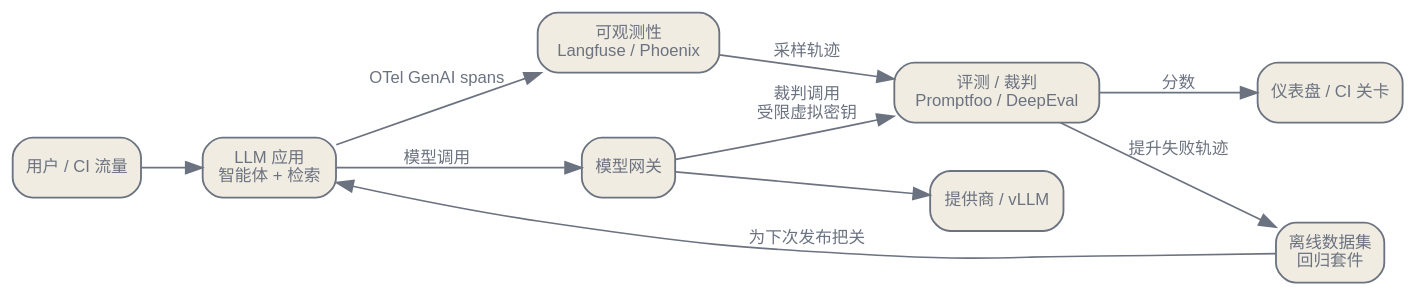
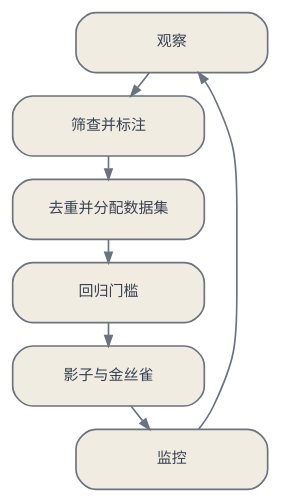
One commit to latere-ai/ai-as-an-infrastructure changed the second of 3 diagrams in zh/practice/07-evaluation-and-observability.qmd. Above: the diagram before and after it, drawn with Graphviz. The commit also changed other lines of this file and 4 other files, not shown here.

````diff
--- a/zh/practice/07-evaluation-and-observability.qmd
+++ b/zh/practice/07-evaluation-and-observability.qmd
@@ -26,28 +162,22 @@
 ```{dot}
 //| label: fig-eval-loop
-//| fig-cap: "持续评测循环。观测生产轨迹，由裁判与断言为采样的 span 打分，将故障筛选进回归数据集，该数据集再为下一次发布把关。每个组件都调用模型网关，而非直连提供商。"
+//| fig-cap: "运营循环会先分离观察、筛查和标注，然后才把生产用例纳入回归数据集。发布版本通过分阶段流量进入监控，并再次回到观察环节。"
 digraph {
   bgcolor="transparent";
-  rankdir=LR;
-  nodesep=0.4; ranksep=0.5;
-  node [shape=box, style="rounded,filled", fontname="Helvetica", fontsize=10, color="#6b7280", fontcolor="#6b7280", fillcolor="#f1ece1", penwidth=1.1];
-  edge [fontsize=10, fontname="Helvetica", color="#6b7280", fontcolor="#6b7280"];
-  user [label="用户 / CI 流量"];
-  app [label="LLM 应用\n智能体 + 检索"];
-  obs [label="可观测性\nLangfuse / Phoenix"];
-  gw [label="模型网关"];
-  providers [label="提供商 / vLLM"];
-  eval [label="评测 / 裁判\nPromptfoo / DeepEval"];
-  gate [label="仪表盘 / CI 关卡"];
-  ds [label="离线数据集\n回归套件"];
-  user -> app;
-  app -> obs [label="OTel GenAI spans"];
-  app -> gw [label="模型调用"];
-  gw -> providers;
-  obs -> eval [label="采样轨迹"];
-  gw -> eval [label="裁判调用\n受限虚拟密钥"];
-  eval -> gate [label="分数"];
-  eval -> ds [label="提升失败轨迹"];
-  ds -> app [label="为下次发布把关"];
+  rankdir=TB;
+  nodesep=0.16;
+  ranksep=0.2;
+  node [shape=box, style="rounded,filled", fontname="Helvetica", fontsize=9,
+        color="#6b7280", fontcolor="#374151", fillcolor="#f1ece1",
+        margin="0.12,0.08", width=1.6];
+  edge [color="#6b7280", arrowsize=0.62];
+  observe [label="观察"];
+  triage [label="筛查并标注"];
+  suite [label="去重并分配数据集"];
+  gate [label="回归门槛"];
+  stage [label="影子与金丝雀"];
+  monitor [label="监控"];
+  observe -> triage -> suite -> gate -> stage -> monitor;
+  monitor -> observe;
 }
 ```
````
